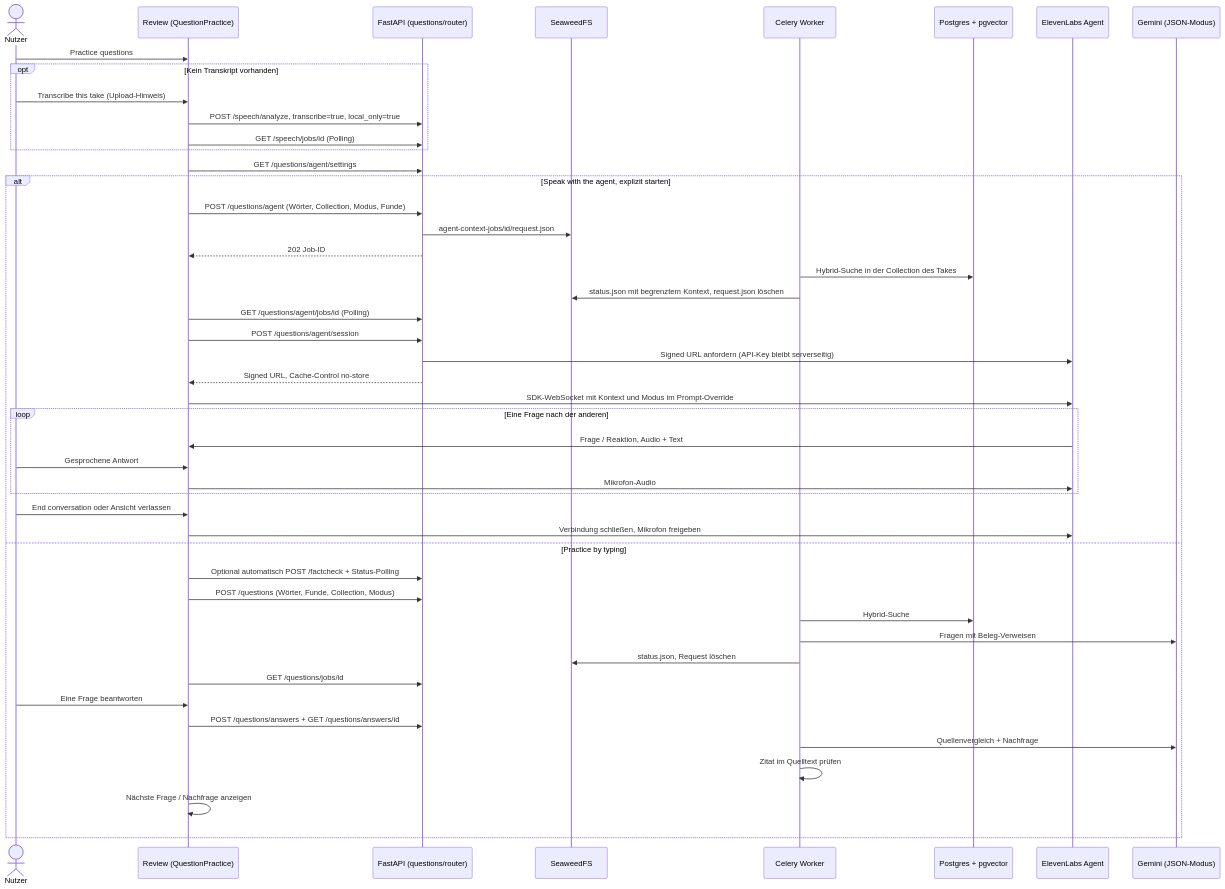
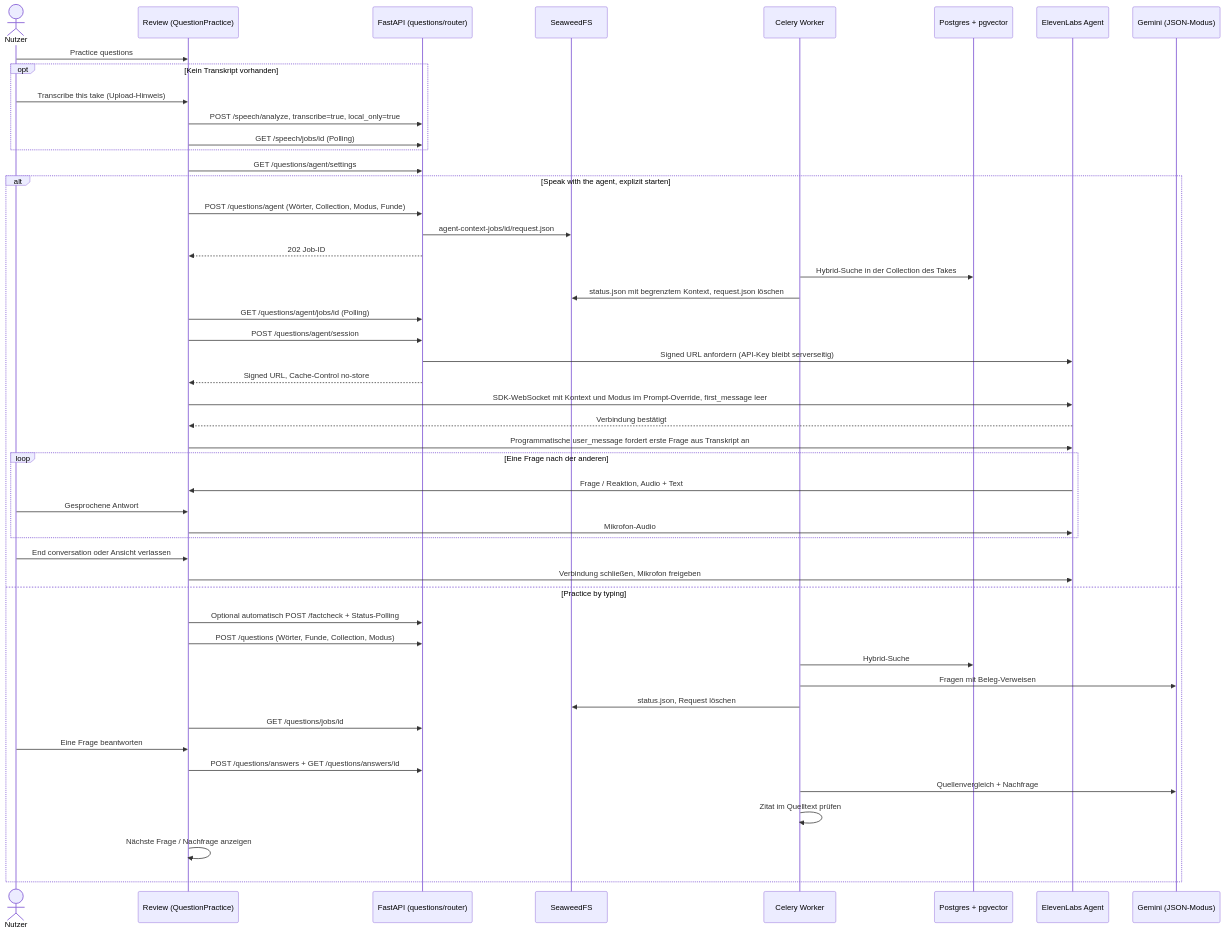
Before and after one commit to johannes3502/hackathon-fulda: the seventh of 12 diagrams in docs/03-architecture.md, drawn with Mermaid. The commit also changed 7 other files, not shown here.

````diff
--- a/docs/03-architecture.md
+++ b/docs/03-architecture.md
@@ -363,50 +363,52 @@
 ```mermaid
 sequenceDiagram
     actor U as Nutzer
     participant FE as Review (QuestionPractice)
     participant BE as FastAPI (questions/router)
     participant S3 as SeaweedFS
     participant W as Celery Worker
     participant PG as Postgres + pgvector
     participant E as ElevenLabs Agent
     participant L as Gemini (JSON-Modus)
 
     U->>FE: Practice questions
     opt Kein Transkript vorhanden
         U->>FE: Transcribe this take (Upload-Hinweis)
         FE->>BE: POST /speech/analyze, transcribe=true, local_only=true
         FE->>BE: GET /speech/jobs/id (Polling)
     end
     FE->>BE: GET /questions/agent/settings
     alt Speak with the agent, explizit starten
         FE->>BE: POST /questions/agent (Wörter, Collection, Modus, Funde)
         BE->>S3: agent-context-jobs/id/request.json
         BE-->>FE: 202 Job-ID
         W->>PG: Hybrid-Suche in der Collection des Takes
         W->>S3: status.json mit begrenztem Kontext, request.json löschen
         FE->>BE: GET /questions/agent/jobs/id (Polling)
         FE->>BE: POST /questions/agent/session
         BE->>E: Signed URL anfordern (API-Key bleibt serverseitig)
         BE-->>FE: Signed URL, Cache-Control no-store
-        FE->>E: SDK-WebSocket mit Kontext und Modus im Prompt-Override
+        FE->>E: SDK-WebSocket mit Kontext und Modus im Prompt-Override, first_message leer
+        E-->>FE: Verbindung bestätigt
+        FE->>E: Programmatische user_message fordert erste Frage aus Transkript an
         loop Eine Frage nach der anderen
             E->>FE: Frage / Reaktion, Audio + Text
             U->>FE: Gesprochene Antwort
             FE->>E: Mikrofon-Audio
         end
         U->>FE: End conversation oder Ansicht verlassen
         FE->>E: Verbindung schließen, Mikrofon freigeben
     else Practice by typing
         FE->>BE: Optional automatisch POST /factcheck + Status-Polling
         FE->>BE: POST /questions (Wörter, Funde, Collection, Modus)
         W->>PG: Hybrid-Suche
         W->>L: Fragen mit Beleg-Verweisen
         W->>S3: status.json, Request löschen
         FE->>BE: GET /questions/jobs/id
         U->>FE: Eine Frage beantworten
         FE->>BE: POST /questions/answers + GET /questions/answers/id
         W->>L: Quellenvergleich + Nachfrage
         W->>W: Zitat im Quelltext prüfen
         FE->>FE: Nächste Frage / Nachfrage anzeigen
     end
 ```
````
